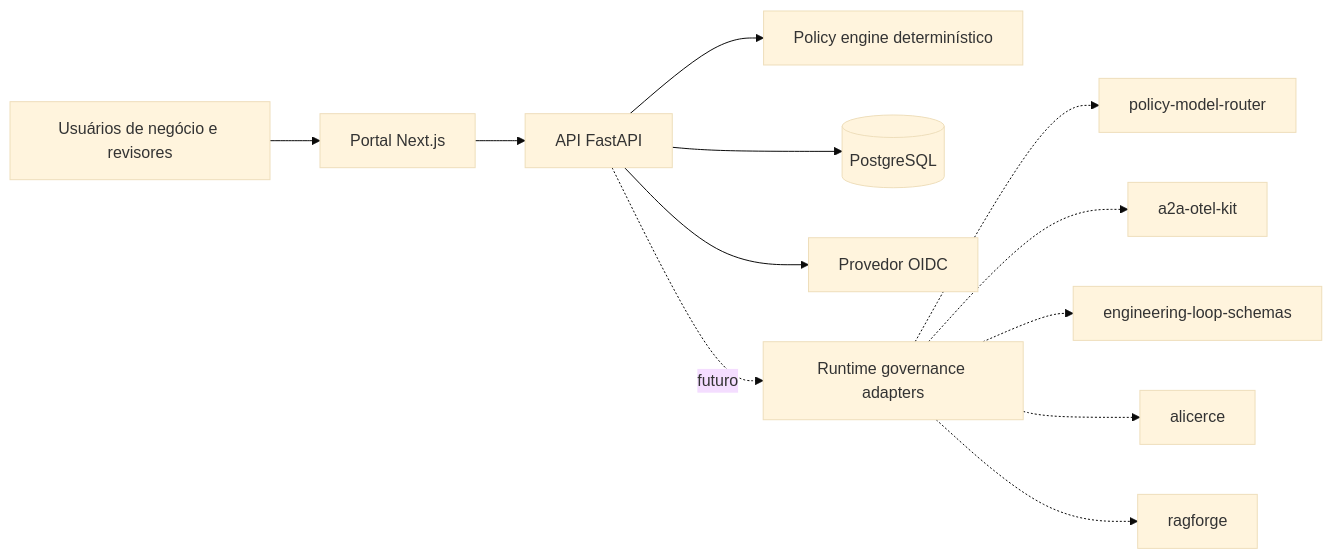
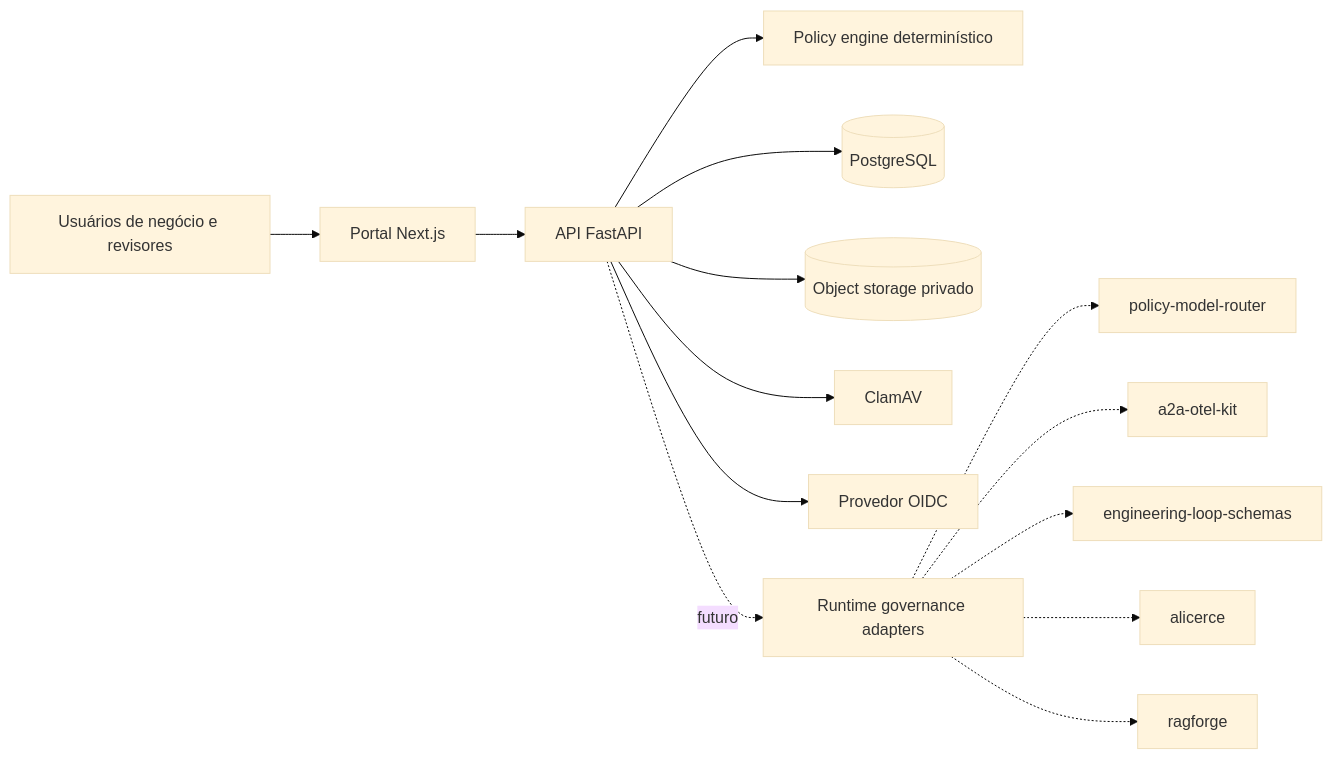
One commit to brunovicco/verifiable-ai-governance changed the first of 3 diagrams in docs/architecture/ARCHITECTURE.md. Above: the diagram before and after it, drawn with Mermaid (base theme). The commit also changed other lines of this file and 34 other files, not shown here.

````diff
--- a/docs/architecture/ARCHITECTURE.md
+++ b/docs/architecture/ARCHITECTURE.md
@@ -5,14 +5,16 @@
 ```mermaid
 flowchart LR
   U["Usuários de negócio e revisores"] --> W["Portal Next.js"]
   W --> A["API FastAPI"]
   A --> P["Policy engine determinístico"]
   A --> D[(PostgreSQL)]
+  A --> S[("Object storage privado")]
+  A --> C["ClamAV"]
   A --> O["Provedor OIDC"]
   A -. futuro .-> R["Runtime governance adapters"]
   R -.-> PMR["policy-model-router"]
   R -.-> OTEL["a2a-otel-kit"]
   R -.-> ELS["engineering-loop-schemas"]
   R -.-> ALI["alicerce"]
   R -.-> RAG["ragforge"]
 ```
````
